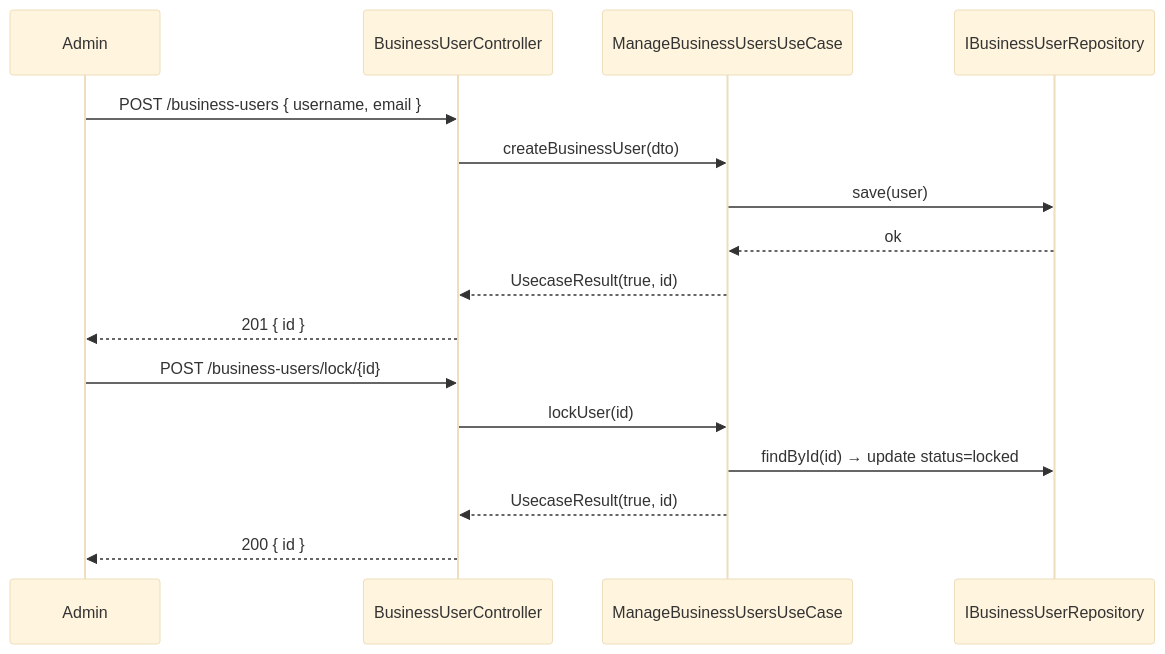
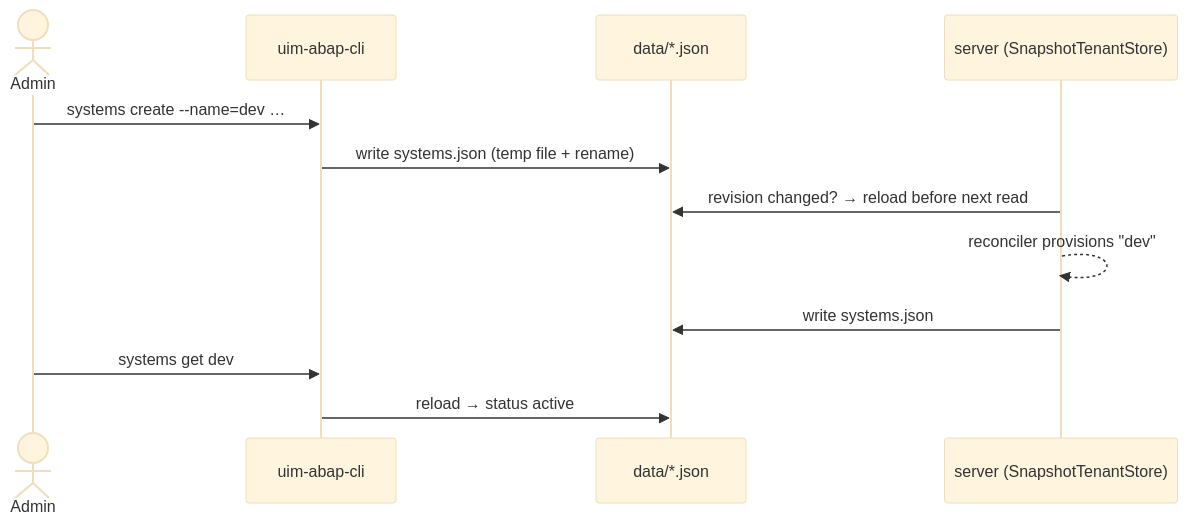
The seventh of 8 diagrams in abap-environment/UML.md (UIMSolutions/uim-platform), drawn with Mermaid (base theme) before and after one commit. The commit also changed other lines of this file and 80 other files, not shown here.

First line of the commit message:
Refactor OAuth 2.0 Service: Update UML documentation, add approuter configuration, and restructure Kubernetes deployment

````diff
--- a/abap-environment/UML.md
+++ b/abap-environment/UML.md
@@ -221,20 +406,15 @@
 ```mermaid
 sequenceDiagram
-    participant Admin
-    participant BC as BusinessUserController
-    participant BUC as ManageBusinessUsersUseCase
-    participant BR as IBusinessUserRepository
+    actor Admin
+    participant CLI as uim-abap-cli
+    participant FS as data/*.json
+    participant SRV as server (SnapshotTenantStore)
 
-    Admin->>BC: POST /business-users { username, email }
-    BC->>BUC: createBusinessUser(dto)
-    BUC->>BR: save(user)
-    BR-->>BUC: ok
-    BUC-->>BC: UsecaseResult(true, id)
-    BC-->>Admin: 201 { id }
-
-    Admin->>BC: POST /business-users/lock/{id}
-    BC->>BUC: lockUser(id)
-    BUC->>BR: findById(id) → update status=locked
-    BUC-->>BC: UsecaseResult(true, id)
-    BC-->>Admin: 200 { id }
+    Admin->>CLI: systems create --name=dev …
+    CLI->>FS: write systems.json (temp file + rename)
+    SRV->>FS: revision changed? → reload before next read
+    SRV-->>SRV: reconciler provisions "dev"
+    SRV->>FS: write systems.json
+    Admin->>CLI: systems get dev
+    CLI->>FS: reload → status active
 ```
````
